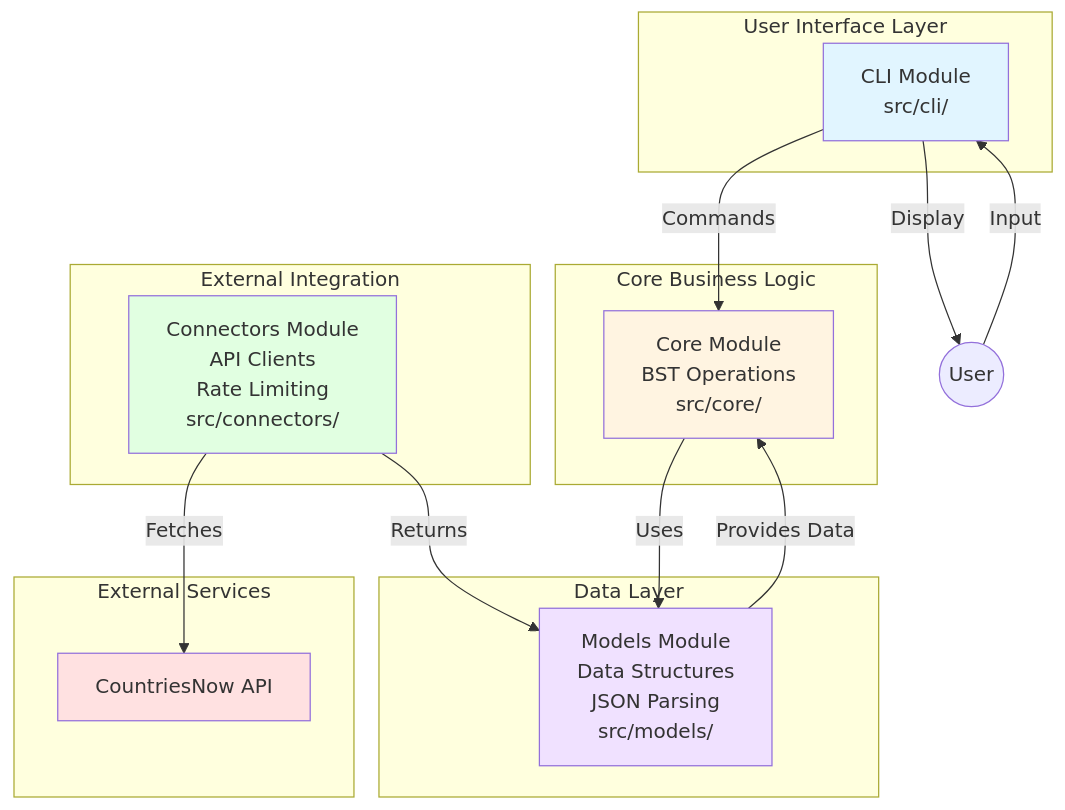
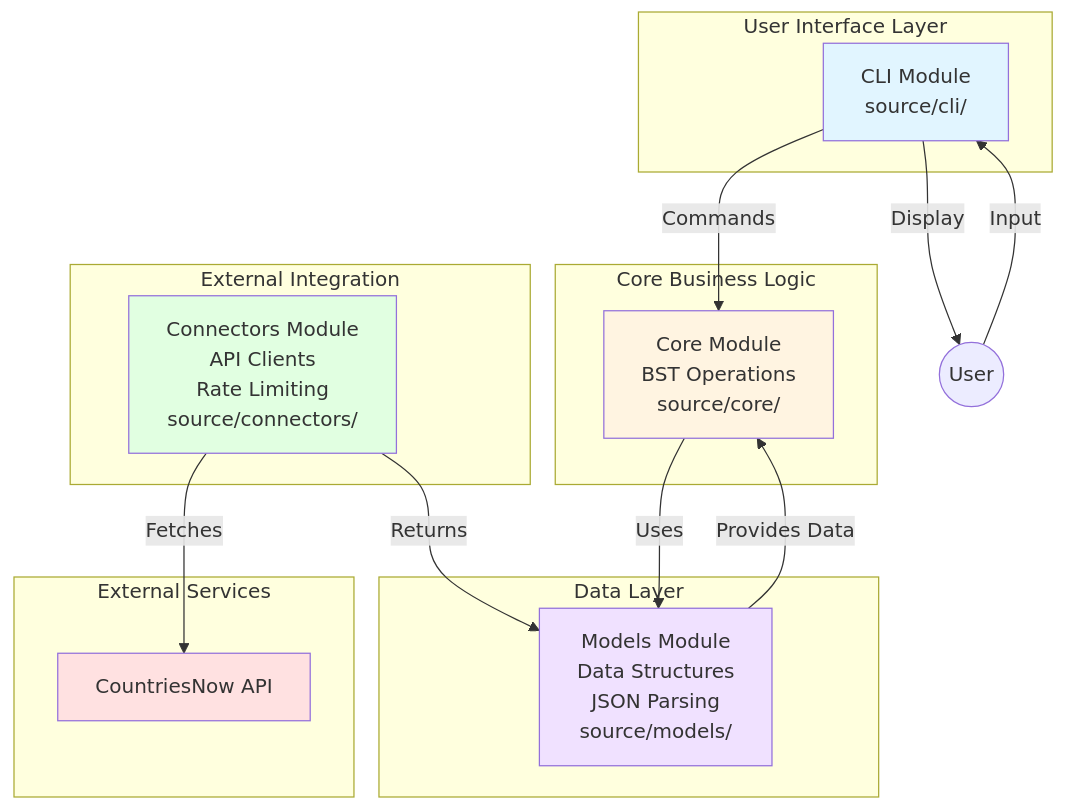
Before and after one commit to felixschelfhout/CitySorter: the diagram in README.md, drawn with Mermaid. The commit also changed other lines of this file and 15 other files, not shown here.

````diff
--- a/README.md
+++ b/README.md
@@ -94,36 +104,36 @@
 ```mermaid
 graph TB
     subgraph "User Interface Layer"
-        CLI[CLI Module<br/>src/cli/]
+        CLI[CLI Module<br/>source/cli/]
     end
     
     subgraph "Core Business Logic"
-        CORE[Core Module<br/>BST Operations<br/>src/core/]
+        CORE[Core Module<br/>BST Operations<br/>source/core/]
     end
     
     subgraph "Data Layer"
-        MODELS[Models Module<br/>Data Structures<br/>JSON Parsing<br/>src/models/]
+        MODELS[Models Module<br/>Data Structures<br/>JSON Parsing<br/>source/models/]
     end
     
     subgraph "External Integration"
-        CONN[Connectors Module<br/>API Clients<br/>Rate Limiting<br/>src/connectors/]
+        CONN[Connectors Module<br/>API Clients<br/>Rate Limiting<br/>source/connectors/]
     end
     
     subgraph "External Services"
         API[CountriesNow API]
     end
     
     CLI -->|Commands| CORE
     CLI -->|Display| User((User))
     User -->|Input| CLI
     CORE -->|Uses| MODELS
     CONN -->|Fetches| API
     CONN -->|Returns| MODELS
     MODELS -->|Provides Data| CORE
     
     style CLI fill:#e1f5ff
     style CORE fill:#fff4e1
     style MODELS fill:#f0e1ff
     style CONN fill:#e1ffe1
     style API fill:#ffe1e1
 ```
````
